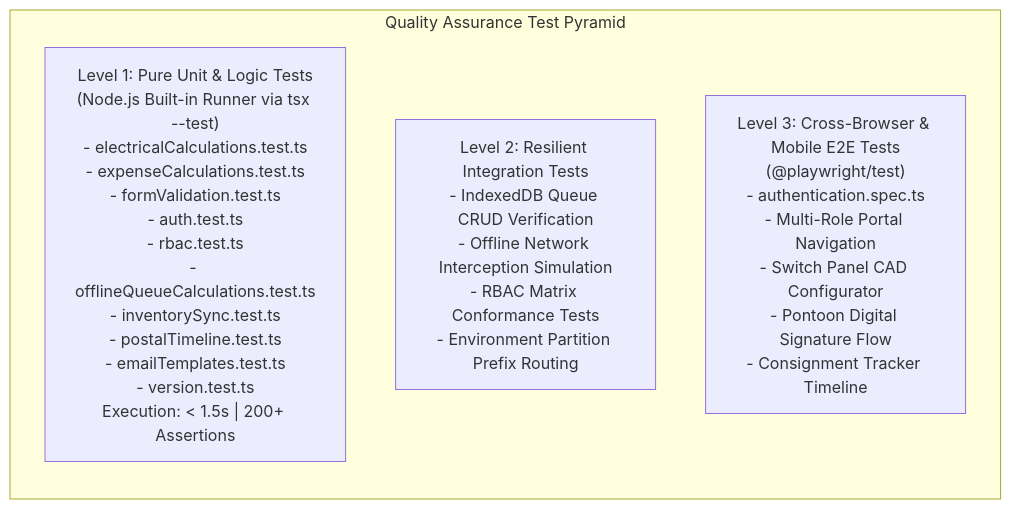
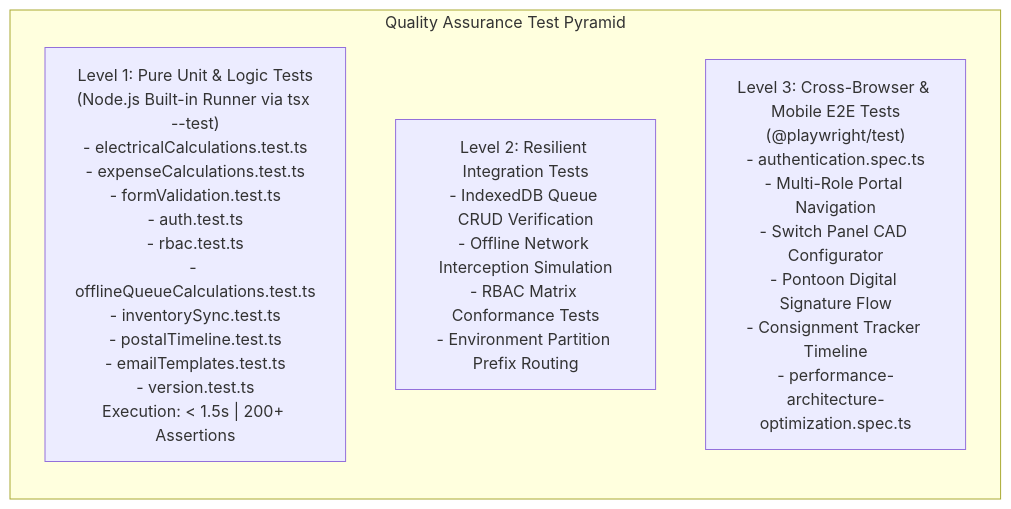
Before and after one commit to AnthonyWrather/ajwmes: the sixth of 7 diagrams in DESIGN.md, drawn with Mermaid. The commit also changed 1 other file, not shown here.

Commit message:
test(e2e): add performance architecture and asset integrity Playwright test suite

````diff
--- a/DESIGN.md
+++ b/DESIGN.md
@@ -519,11 +519,11 @@
 ```mermaid
 graph BT
     subgraph TestPyramid["Quality Assurance Test Pyramid"]
         direction BT
         Unit["Level 1: Pure Unit & Logic Tests\n(Node.js Built-in Runner via tsx --test)\n- electricalCalculations.test.ts\n- expenseCalculations.test.ts\n- formValidation.test.ts\n- auth.test.ts\n- rbac.test.ts\n- offlineQueueCalculations.test.ts\n- inventorySync.test.ts\n- postalTimeline.test.ts\n- emailTemplates.test.ts\n- version.test.ts\nExecution: < 1.5s | 200+ Assertions"]
         
         Integration["Level 2: Resilient Integration Tests\n- IndexedDB Queue CRUD Verification\n- Offline Network Interception Simulation\n- RBAC Matrix Conformance Tests\n- Environment Partition Prefix Routing"]
         
-        E2E["Level 3: Cross-Browser & Mobile E2E Tests\n(@playwright/test)\n- authentication.spec.ts\n- Multi-Role Portal Navigation\n- Switch Panel CAD Configurator\n- Pontoon Digital Signature Flow\n- Consignment Tracker Timeline"]
+        E2E["Level 3: Cross-Browser & Mobile E2E Tests\n(@playwright/test)\n- authentication.spec.ts\n- Multi-Role Portal Navigation\n- Switch Panel CAD Configurator\n- Pontoon Digital Signature Flow\n- Consignment Tracker Timeline\n- performance-architecture-optimization.spec.ts"]
     end
 ```
````
